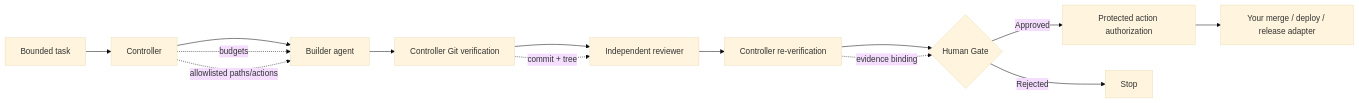
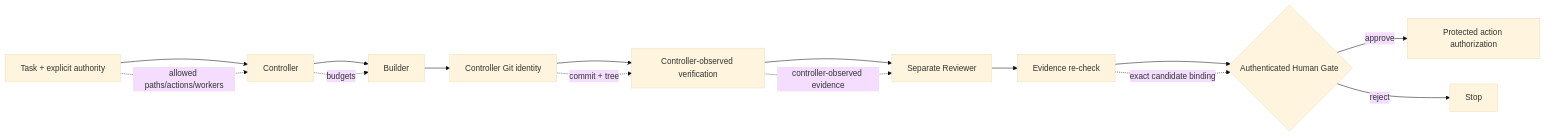
The diagram in README.md (steerion-labs/bounded-agent-runtime), drawn with Mermaid (base theme) before and after one commit. The commit also changed other lines of this file and 37 other files, not shown here.

First line of the commit message:
v0.3: usable bounded agent runtime (#1)

````diff
--- a/README.md
+++ b/README.md
@@ -30,17 +29,18 @@
 ```mermaid
 flowchart LR
-    T[Bounded task] --> C[Controller]
-    C --> B[Builder agent]
-    B --> G1[Controller Git verification]
-    G1 --> R[Independent reviewer]
-    R --> G2[Controller re-verification]
-    G2 --> H{Human Gate}
-    H -->|Approved| A[Protected action authorization]
-    H -->|Rejected| S[Stop]
-    A --> X[Your merge / deploy / release adapter]
+    T[Task + explicit authority] --> C[Controller]
+    C --> B[Builder]
+    B --> G[Controller Git identity]
+    G --> V[Controller-observed verification]
+    V --> R[Separate Reviewer]
+    R --> E[Evidence re-check]
+    E --> H{Authenticated Human Gate}
+    H -->|approve| A[Protected action authorization]
+    H -->|reject| X[Stop]
 
     C -. budgets .-> B
-    C -. allowlisted paths/actions .-> B
-    G1 -. commit + tree .-> R
-    G2 -. evidence binding .-> H
+    T -. allowed paths/actions/workers .-> C
+    G -. commit + tree .-> V
+    V -. controller-observed evidence .-> R
+    E -. exact candidate binding .-> H
 ```
````
